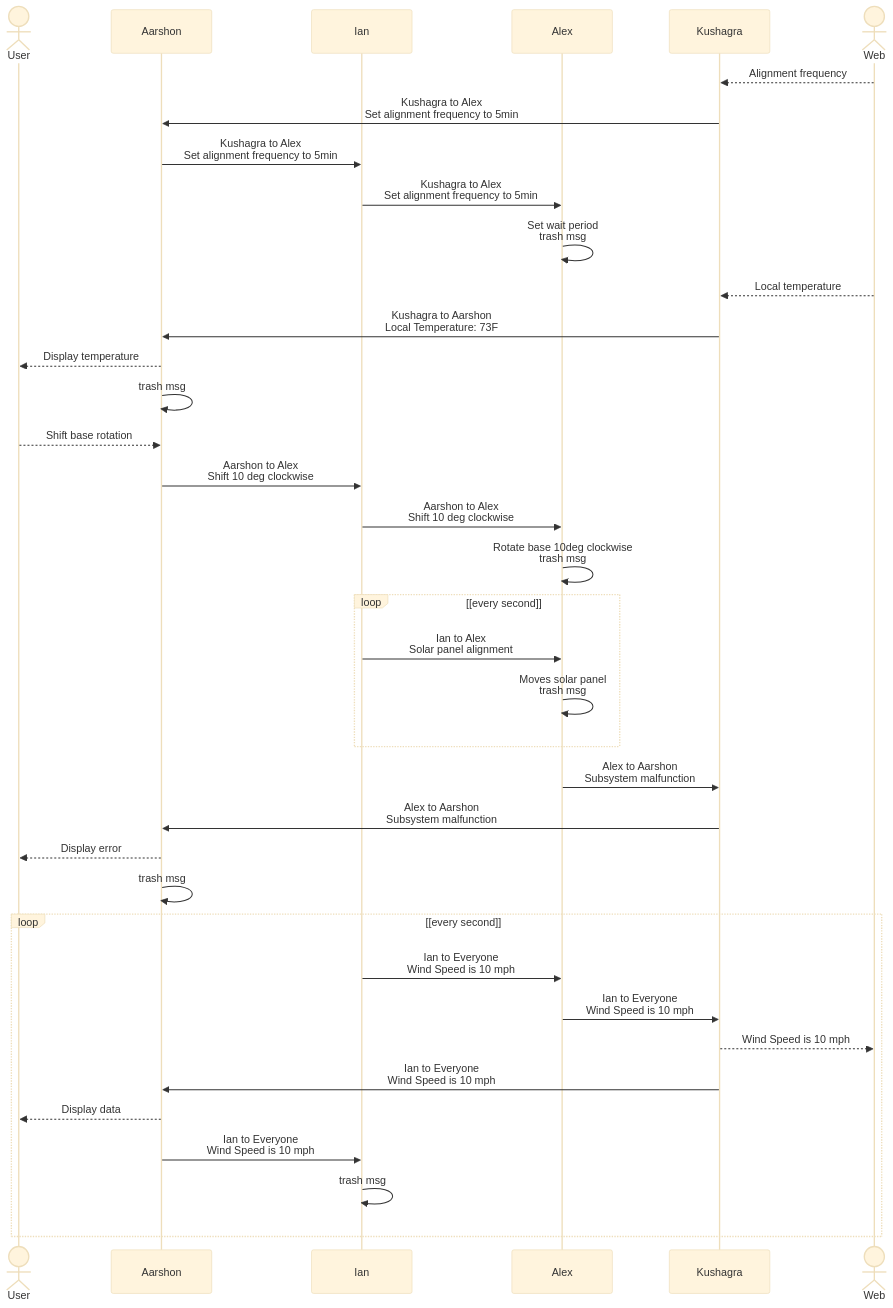
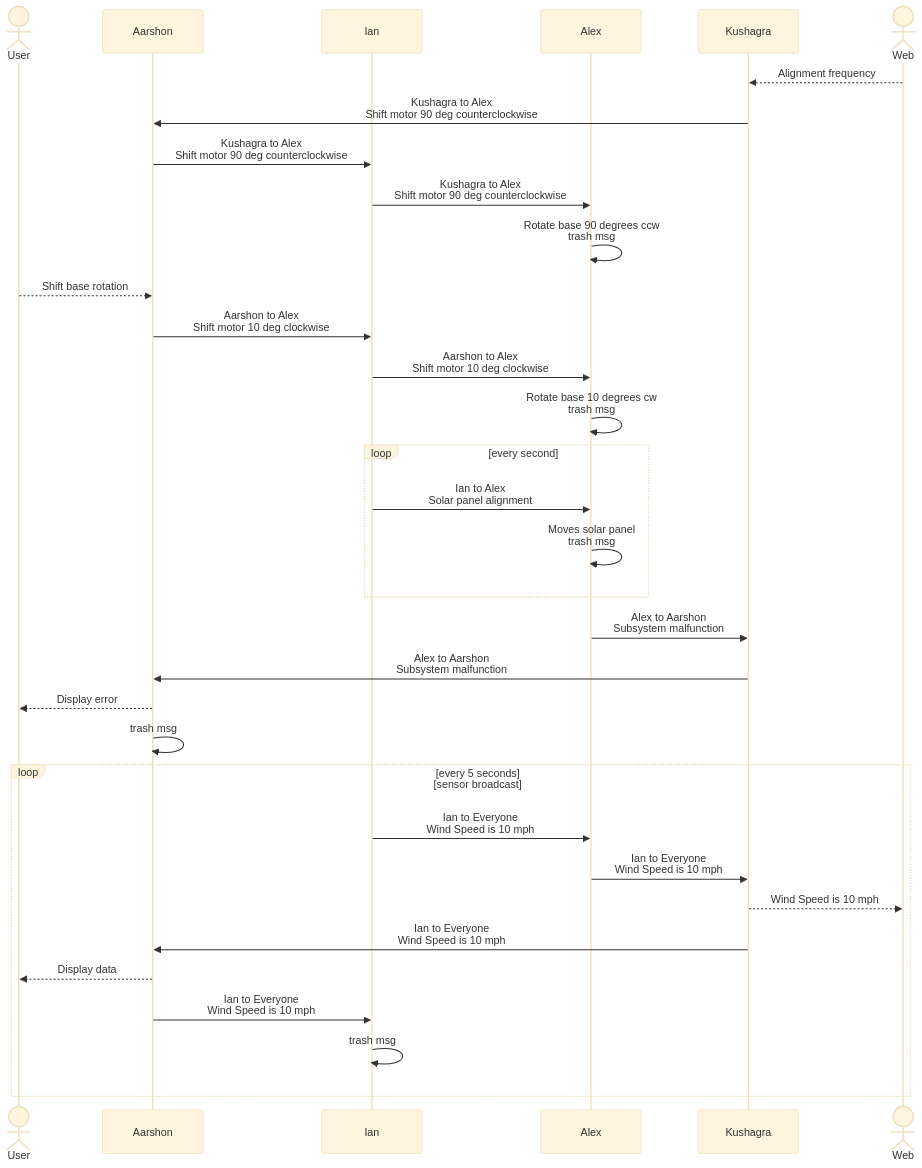
The diagram in docs/block.md (EGR314-2025-S-306/EGR314-Team306), drawn with Mermaid (base theme) before and after one commit.

Commit message:
update process diagram

````diff
--- a/docs/block.md
+++ b/docs/block.md
@@ -28,39 +28,35 @@
 ``` mermaid
 sequenceDiagram
     actor u as User
     participant a as Aarshon
     participant i as Ian
     participant c as Alex
     participant k as Kushagra
     actor w as Web
     w-->>k: Alignment frequency
-    k->>a: Kushagra to Alex<br>Set alignment frequency to 5min
-    a->>i: Kushagra to Alex<br>Set alignment frequency to 5min
-    i->>c: Kushagra to Alex<br>Set alignment frequency to 5min
-    c->>c: Set wait period<br>trash msg
-    w-->>k: Local temperature
-    k->>a: Kushagra to Aarshon<br>Local Temperature: 73F
-    a-->>u: Display temperature
-    a->>a: trash msg
+    k->>a: Kushagra to Alex<br>Shift motor 90 deg counterclockwise
+    a->>i: Kushagra to Alex<br>Shift motor 90 deg counterclockwise
+    i->>c: Kushagra to Alex<br>Shift motor 90 deg counterclockwise
+    c->>c: Rotate base 90 degrees ccw<br>trash msg
     u-->>a: Shift base rotation
-    a->>i: Aarshon to Alex<br>Shift 10 deg clockwise
-    i->>c: Aarshon to Alex<br>Shift 10 deg clockwise
-    c->>c: Rotate base 10deg clockwise<br>trash msg
-    loop [every second]
+    a->>i: Aarshon to Alex<br>Shift motor 10 deg clockwise
+    i->>c: Aarshon to Alex<br>Shift motor 10 deg clockwise
+    c->>c: Rotate base 10 degrees cw<br>trash msg
+    loop every second
         i->>c: Ian to Alex<br>Solar panel alignment
         c->>c: Moves solar panel<br>trash msg
     end
     c->>k: Alex to Aarshon<br>Subsystem malfunction
     k->>a: Alex to Aarshon<br>Subsystem malfunction
     a-->>u: Display error
     a->>a: trash msg
-    loop [every second]
+    loop every 5 seconds]<br>[sensor broadcast
         i->>c: Ian to Everyone<br>Wind Speed is 10 mph
         c->>k: Ian to Everyone<br>Wind Speed is 10 mph
         k-->>w: Wind Speed is 10 mph
         k->>a: Ian to Everyone<br>Wind Speed is 10 mph
         a-->>u: Display data
         a->>i: Ian to Everyone<br>Wind Speed is 10 mph
         i->>i: trash msg
     end
 ```
````
